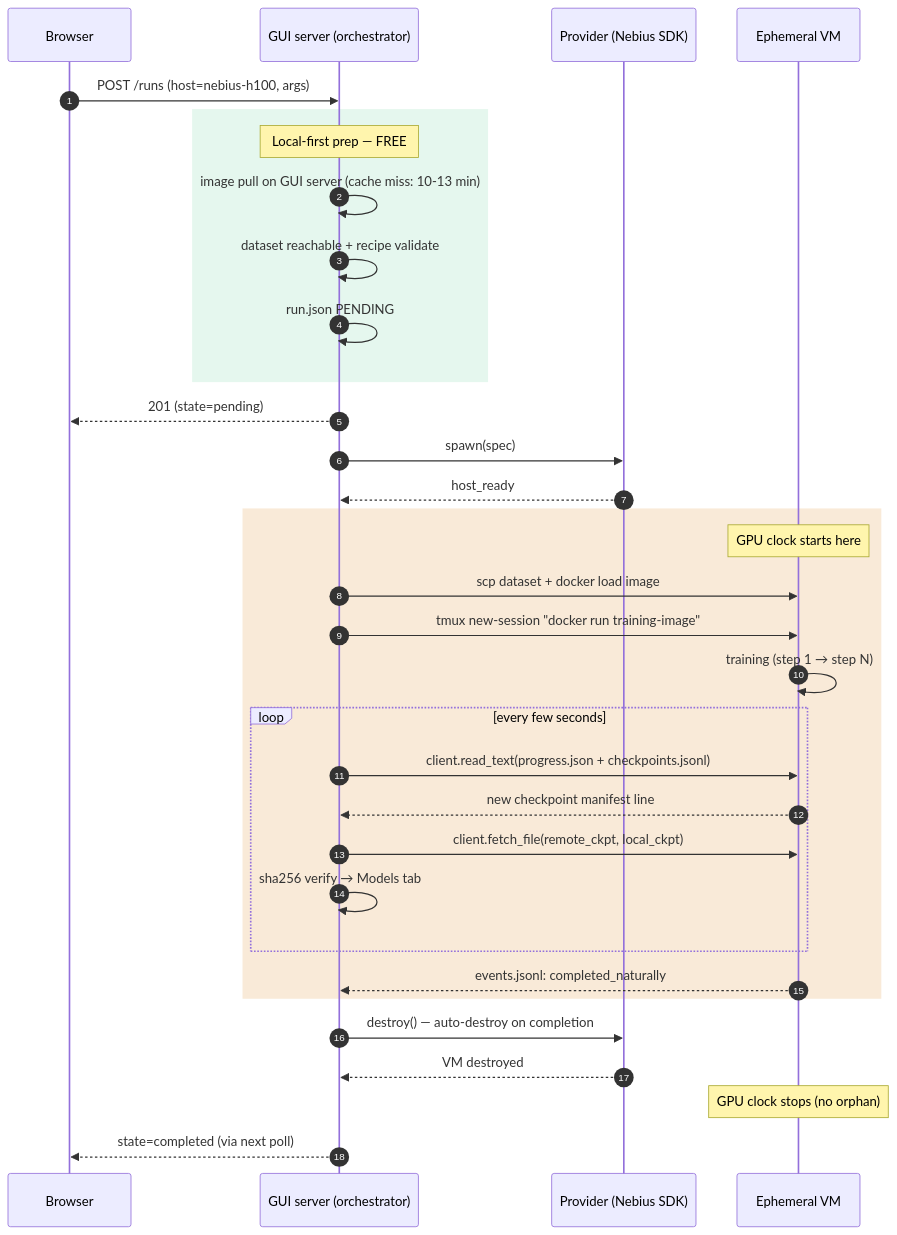
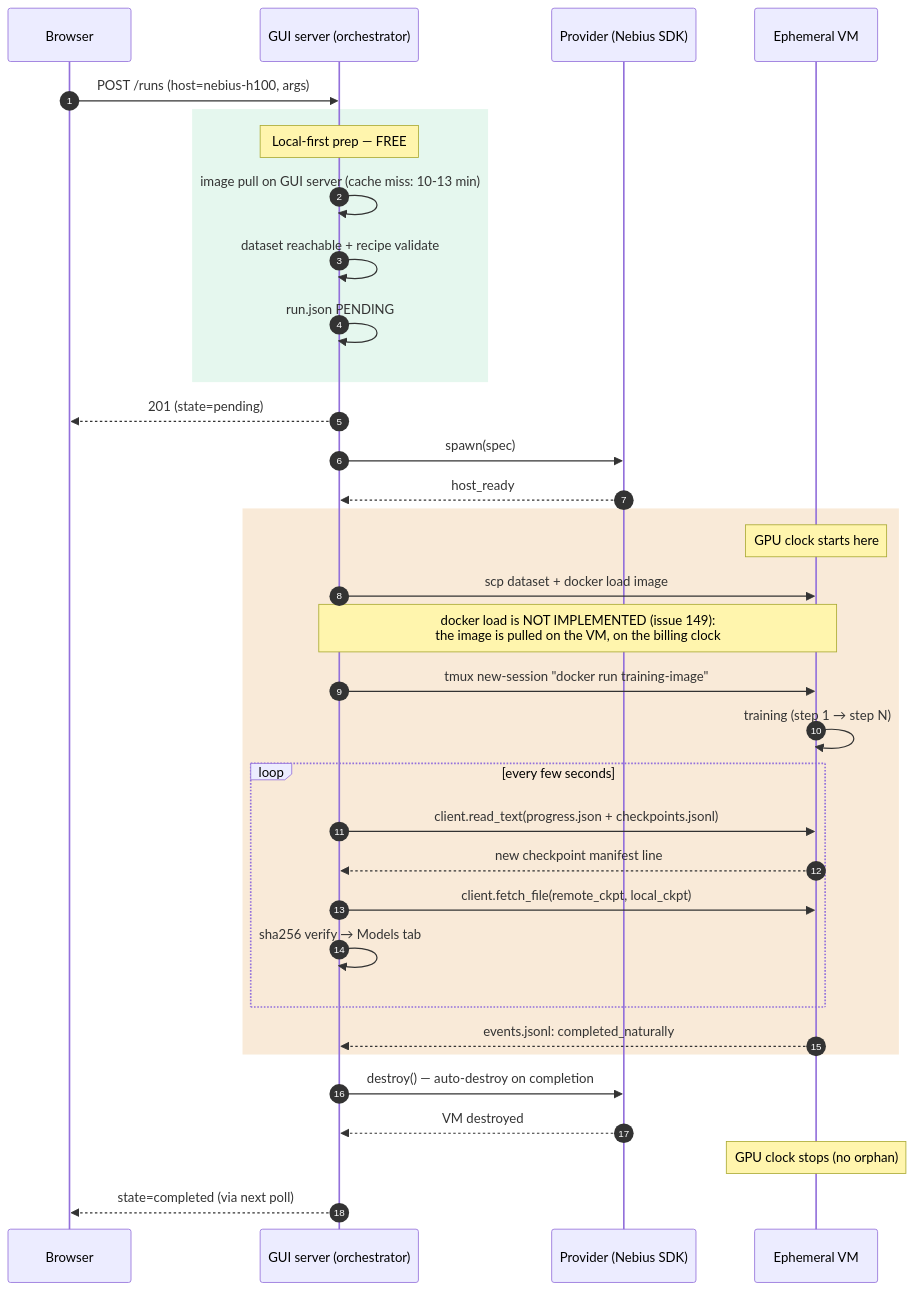
One commit to TheWisp/lerobot changed the second of 3 diagrams in src/lerobot/gui/training/DESIGN.md. Above: the diagram before and after it, drawn with Mermaid. The commit also changed other lines of this file, not shown here.

````diff
--- a/src/lerobot/gui/training/DESIGN.md
+++ b/src/lerobot/gui/training/DESIGN.md
@@ -183,35 +186,36 @@
 ```mermaid
 sequenceDiagram
     autonumber
     participant B as Browser
     participant O as GUI server (orchestrator)
     participant P as Provider (Nebius SDK)
     participant V as Ephemeral VM
     B->>O: POST /runs (host=nebius-h100, args)
     rect rgba(0,180,90,0.10)
         Note over O: Local-first prep — FREE
         O->>O: image pull on GUI server (cache miss: 10-13 min)
         O->>O: dataset reachable + recipe validate
         O->>O: run.json PENDING
     end
     O-->>B: 201 (state=pending)
     O->>P: spawn(spec)
     P-->>O: host_ready
     rect rgba(220,140,40,0.18)
         Note over V: GPU clock starts here
         O->>V: scp dataset + docker load image
+        Note over O,V: docker load is NOT IMPLEMENTED (issue 149):<br/>the image is pulled on the VM, on the billing clock
         O->>V: tmux new-session "docker run training-image"
         V->>V: training (step 1 → step N)
         loop every few seconds
             O->>V: client.read_text(progress.json + checkpoints.jsonl)
             V-->>O: new checkpoint manifest line
             O->>V: client.fetch_file(remote_ckpt, local_ckpt)
             O->>O: sha256 verify → Models tab
         end
         V-->>O: events.jsonl: completed_naturally
     end
     O->>P: destroy() — auto-destroy on completion
     P-->>O: VM destroyed
     Note over V: GPU clock stops (no orphan)
     O-->>B: state=completed (via next poll)
 ```
````
